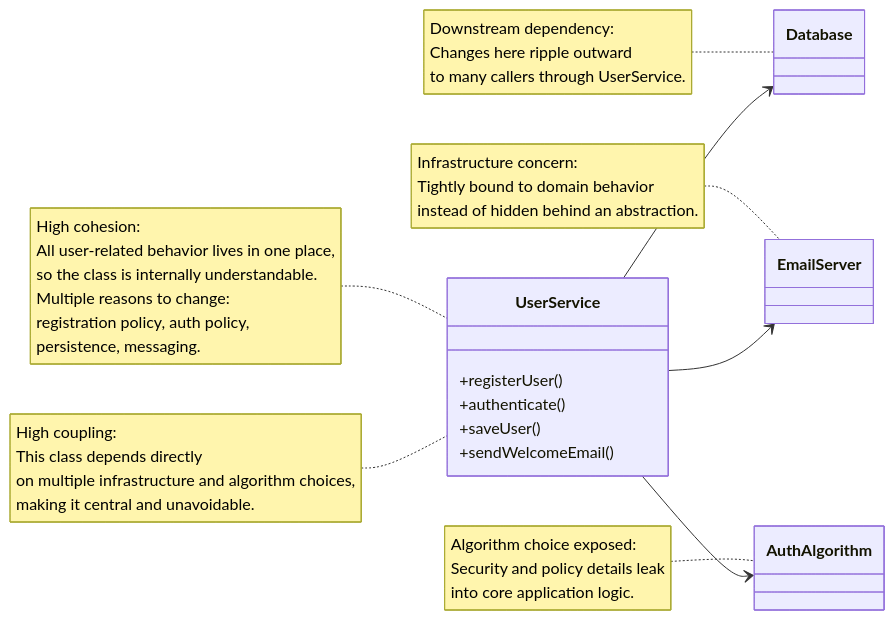
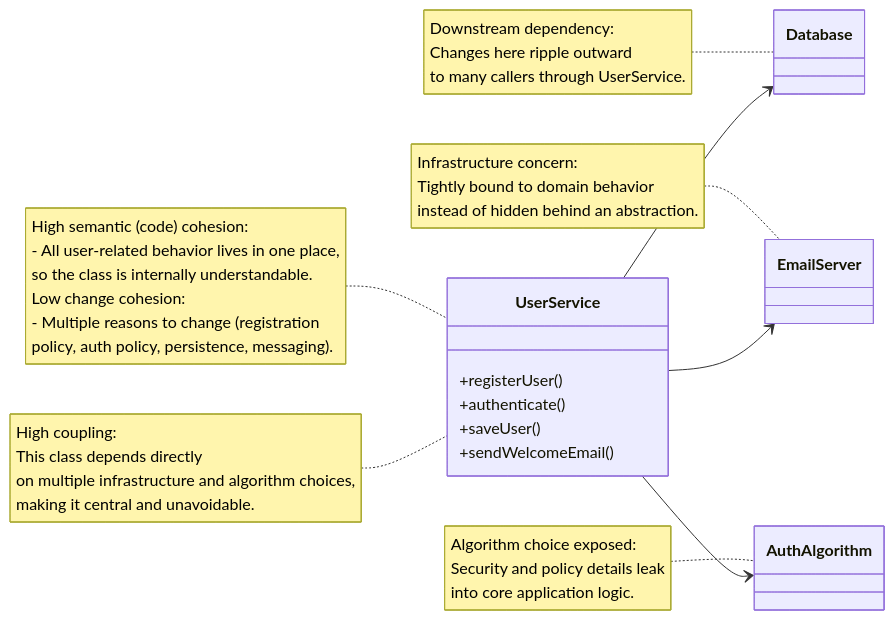
Before and after one commit to jeff-adkisson/swe-4743-spring-2026-oo-design: the third of 8 diagrams in presentations/04-single-responsibility-principle.md, drawn with Mermaid. The commit also changed other lines of this file, not shown here.

Commit message:
Clarifies cohesion and coupling types
Refines descriptions of cohesion and coupling archetypes to
differentiate between semantic and change cohesion, and to
better explain the consequences of high coupling.

[Modified]
- Updates the God Object description to include "semantic" and
  "change" cohesion, adding more detail to its characteristics.
- Modifies the UserService note to clarify the distinction between
  code cohesion and change cohesion.

Relates to sc-NONE

````diff
--- a/presentations/04-single-responsibility-principle.md
+++ b/presentations/04-single-responsibility-principle.md
@@ -721,24 +721,24 @@
 ```mermaid
 classDiagram
 direction LR
 class UserService {
   +registerUser()
   +authenticate()
   +saveUser()
   +sendWelcomeEmail()
 }
 
 class Database
 class EmailServer
 class AuthAlgorithm
 
 UserService --> Database
 UserService --> EmailServer
 UserService --> AuthAlgorithm
 
-note for UserService "High cohesion:<br>All user-related behavior lives in one place,<br>so the class is internally understandable.<br>Multiple reasons to change:<br>registration policy, auth policy,<br>persistence, messaging."
+note for UserService "High semantic (code) cohesion:<br>- All user-related behavior lives in one place,<br>so the class is internally understandable.<br>Low change cohesion:<br>- Multiple reasons to change (registration<br>policy, auth policy, persistence, messaging)."
 note for UserService "High coupling:<br>This class depends directly<br>on multiple infrastructure and algorithm choices,<br>making it central and unavoidable."
 note for Database "Downstream dependency:<br>Changes here ripple outward<br>to many callers through UserService."
 note for EmailServer "Infrastructure concern:<br>Tightly bound to domain behavior<br>instead of hidden behind an abstraction."
 note for AuthAlgorithm "Algorithm choice exposed:<br>Security and policy details leak<br>into core application logic."
 ```
````
